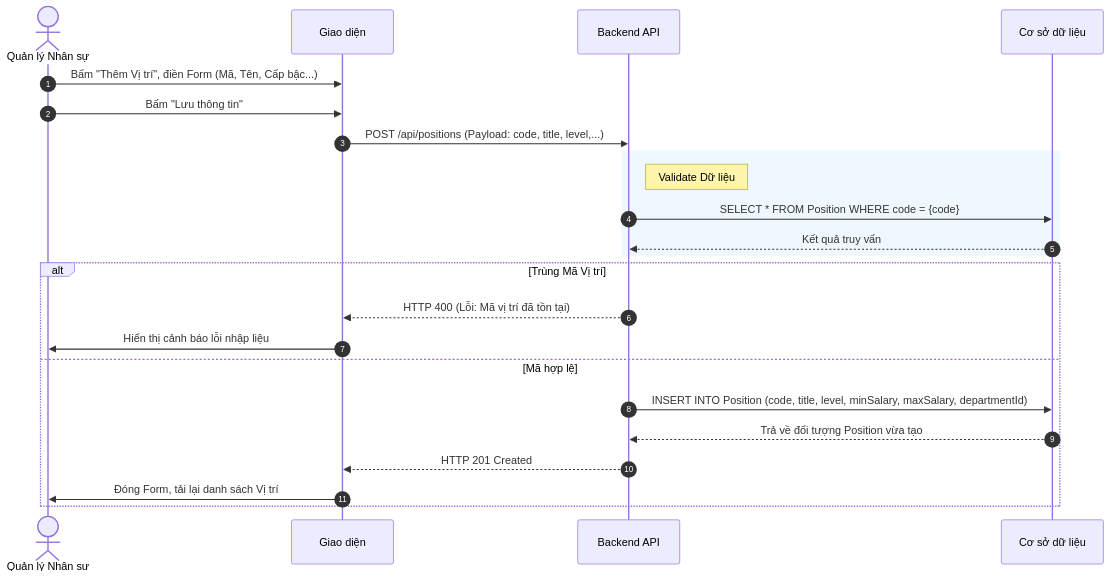
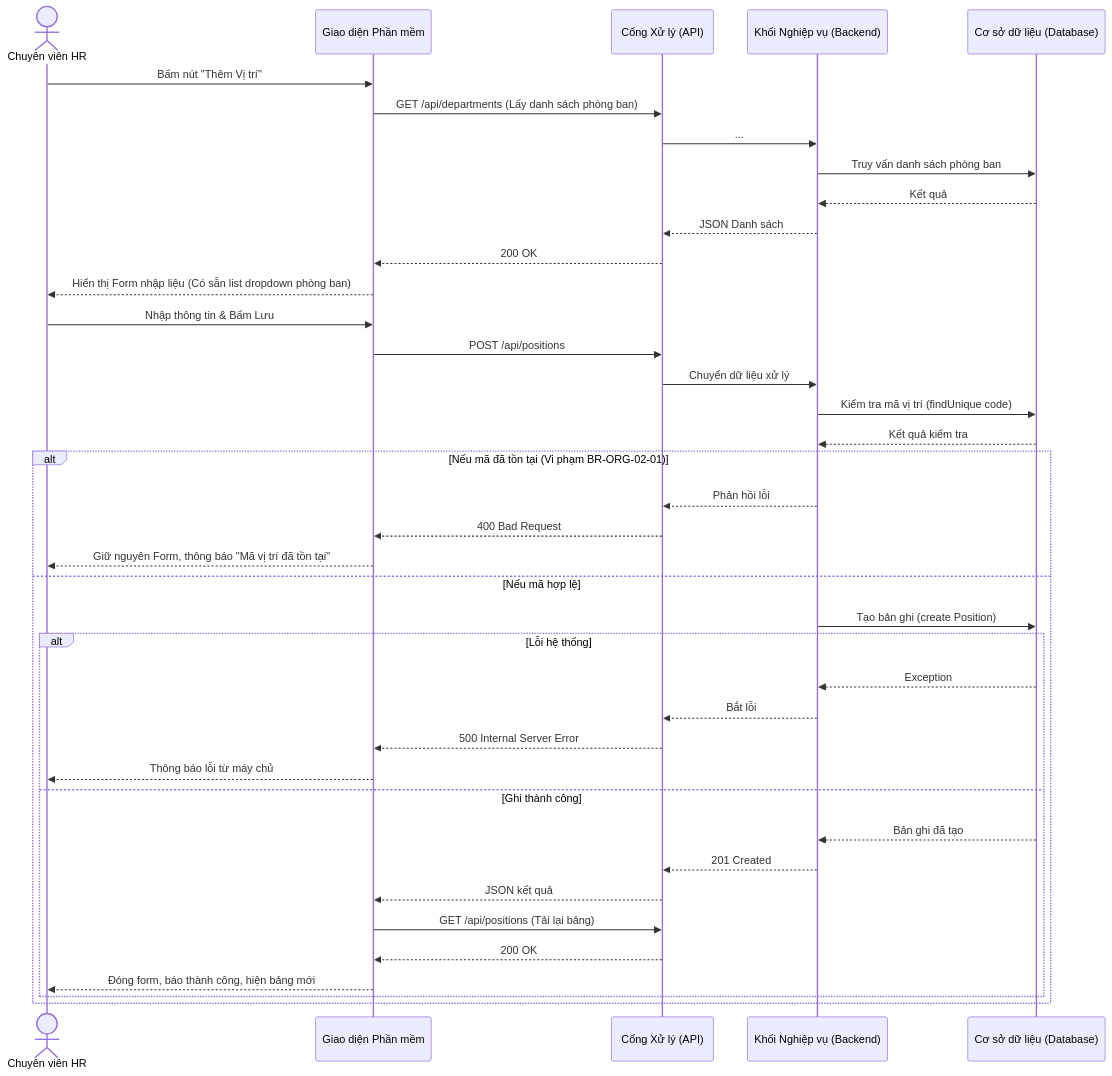
One commit to aye2710/HRM-DATN changed the first of 3 diagrams in docs/Tài liệu phân tích nghiệp vụ từng module/Module Tổ chức/Chuc-nang-Quan-ly-Vi-tri.md. Above: the diagram before and after it, drawn with Mermaid. The commit also changed other lines of this file and 32 other files, not shown here.

````diff
--- a/docs/Tài liệu phân tích nghiệp vụ từng module/Module Tổ chức/Chuc-nang-Quan-ly-Vi-tri.md
+++ b/docs/Tài liệu phân tích nghiệp vụ từng module/Module Tổ chức/Chuc-nang-Quan-ly-Vi-tri.md
@@ -40,29 +57,45 @@
 ```mermaid
 sequenceDiagram
-    autonumber
-    actor HR as Quản lý Nhân sự
-    participant FE as Giao diện
-    participant BE as Backend API
-    participant DB as Cơ sở dữ liệu
+    actor HR as Chuyên viên HR
+    participant FE as Giao diện Phần mềm
+    participant API as Cổng Xử lý (API)
+    participant BE as Khối Nghiệp vụ (Backend)
+    participant DB as Cơ sở dữ liệu (Database)
 
-    HR->>FE: Bấm "Thêm Vị trí", điền Form (Mã, Tên, Cấp bậc...)
-    HR->>FE: Bấm "Lưu thông tin"
+    HR->>FE: Bấm nút "Thêm Vị trí"
+    FE->>API: GET /api/departments (Lấy danh sách phòng ban)
+    API->>BE: ...
+    BE->>DB: Truy vấn danh sách phòng ban
+    DB-->>BE: Kết quả
+    BE-->>API: JSON Danh sách
+    API-->>FE: 200 OK
+    FE-->>HR: Hiển thị Form nhập liệu (Có sẵn list dropdown phòng ban)
     
-    FE->>BE: POST /api/positions (Payload: code, title, level,...)
+    HR->>FE: Nhập thông tin & Bấm Lưu
+    FE->>API: POST /api/positions
+    API->>BE: Chuyển dữ liệu xử lý
     
-    rect rgb(240, 248, 255)
-        note right of BE: Validate Dữ liệu
-        BE->>DB: SELECT * FROM Position WHERE code = {code}
-        DB-->>BE: Kết quả truy vấn
-    end
+    BE->>DB: Kiểm tra mã vị trí (findUnique code)
+    DB-->>BE: Kết quả kiểm tra
     
-    alt Trùng Mã Vị trí
-        BE-->>FE: HTTP 400 (Lỗi: Mã vị trí đã tồn tại)
-        FE->>HR: Hiển thị cảnh báo lỗi nhập liệu
-    else Mã hợp lệ
-        BE->>DB: INSERT INTO Position (code, title, level, minSalary, maxSalary, departmentId)
-        DB-->>BE: Trả về đối tượng Position vừa tạo
-        BE-->>FE: HTTP 201 Created
-        FE->>HR: Đóng Form, tải lại danh sách Vị trí
+    alt Nếu mã đã tồn tại (Vi phạm BR-ORG-02-01)
+        BE-->>API: Phản hồi lỗi
+        API-->>FE: 400 Bad Request
+        FE-->>HR: Giữ nguyên Form, thông báo "Mã vị trí đã tồn tại"
+    else Nếu mã hợp lệ
+        BE->>DB: Tạo bản ghi (create Position)
+        alt Lỗi hệ thống
+            DB-->>BE: Exception
+            BE-->>API: Bắt lỗi
+            API-->>FE: 500 Internal Server Error
+            FE-->>HR: Thông báo lỗi từ máy chủ
+        else Ghi thành công
+            DB-->>BE: Bản ghi đã tạo
+            BE-->>API: 201 Created
+            API-->>FE: JSON kết quả
+            FE->>API: GET /api/positions (Tải lại bảng)
+            API-->>FE: 200 OK
+            FE-->>HR: Đóng form, báo thành công, hiện bảng mới
+        end
     end
 ```
````
